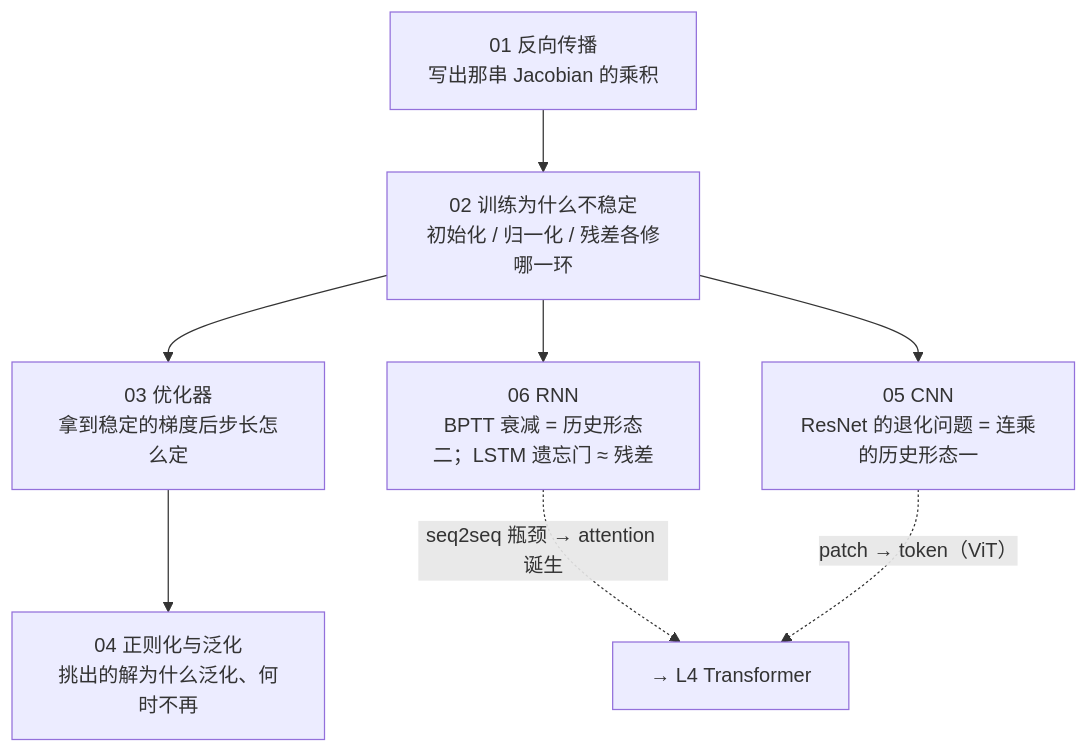
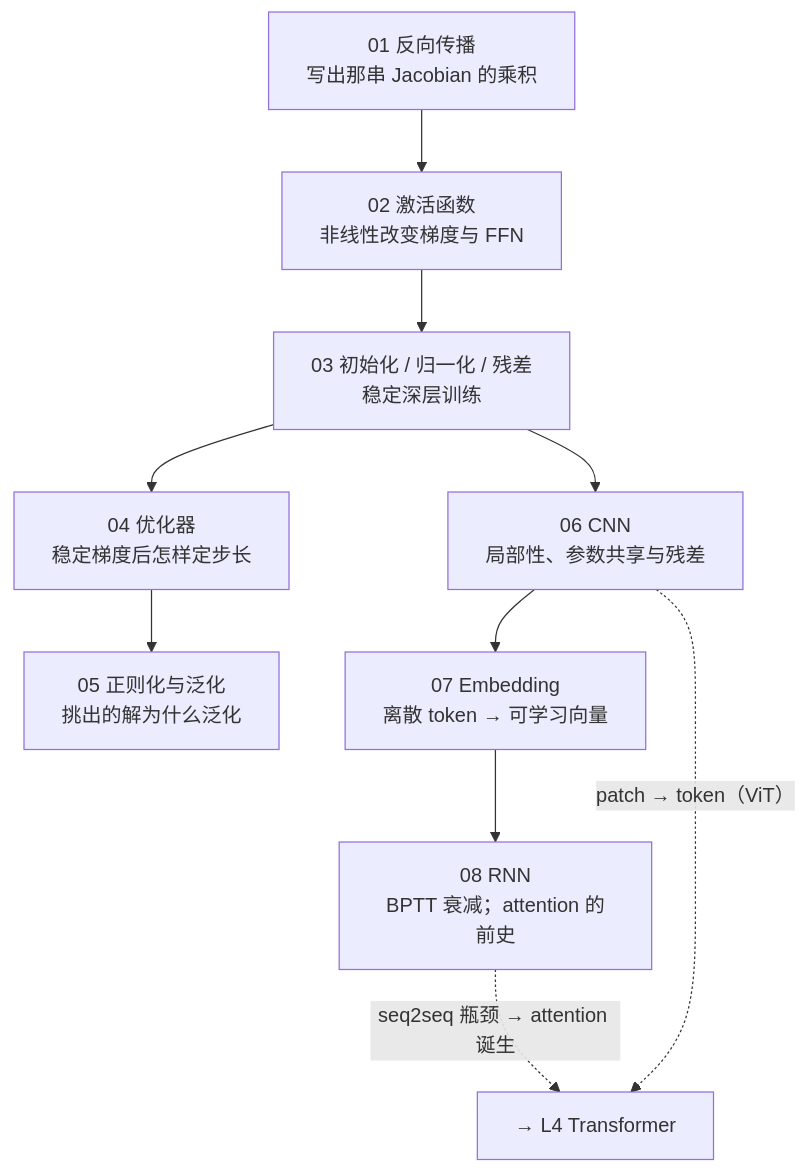
One commit to arganzheng/arganzheng.github.com changed the first of 2 diagrams in _posts/2026-03-29-deep-learning-foundations-series-recap-and-self-test.md. Above: the diagram before and after it, drawn with Mermaid. The commit also changed other lines of this file and 13 other files, not shown here.

````diff
--- a/_posts/2026-03-29-deep-learning-foundations-series-recap-and-self-test.md
+++ b/_posts/2026-03-29-deep-learning-foundations-series-recap-and-self-test.md
@@ -19,13 +19,15 @@
 ```mermaid
 %%{init: {"flowchart": {"wrappingWidth": 190}}}%%
-%% 图：深度学习基础全景：一条连乘链——写出它、修好它、定步长、看泛化，再在 CNN 与 RNN 上各看一遍
+%% 图：深度学习基础全景：写出梯度、看激活、稳定训练、定步长、看泛化，再走过卷积、表示与循环
 flowchart TB
-    D1["01 反向传播<br/>写出那串 Jacobian 的乘积"] --> D2["02 训练为什么不稳定<br/>初始化 / 归一化 / 残差各修哪一环"]
-    D2 --> D3["03 优化器<br/>拿到稳定的梯度后步长怎么定"]
-    D3 --> D4["04 正则化与泛化<br/>挑出的解为什么泛化、何时不再"]
-    D2 --> D5["05 CNN<br/>ResNet 的退化问题 = 连乘的历史形态一"]
-    D2 --> D6["06 RNN<br/>BPTT 衰减 = 历史形态二；LSTM 遗忘门 ≈ 残差"]
-    D6 -. "seq2seq 瓶颈 → attention 诞生" .-> T["→ L4 Transformer"]
-    D5 -. "patch → token（ViT）" .-> T
+    D1["01 反向传播<br/>写出那串 Jacobian 的乘积"] --> D2["02 激活函数<br/>非线性改变梯度与 FFN"]
+    D2 --> D3["03 初始化 / 归一化 / 残差<br/>稳定深层训练"]
+    D3 --> D4["04 优化器<br/>稳定梯度后怎样定步长"]
+    D4 --> D5["05 正则化与泛化<br/>挑出的解为什么泛化"]
+    D3 --> D6["06 CNN<br/>局部性、参数共享与残差"]
+    D6 --> D7["07 Embedding<br/>离散 token → 可学习向量"]
+    D7 --> D8["08 RNN<br/>BPTT 衰减；attention 的前史"]
+    D8 -. "seq2seq 瓶颈 → attention 诞生" .-> T["→ L4 Transformer"]
+    D6 -. "patch → token（ViT）" .-> T
 
 ```
````
